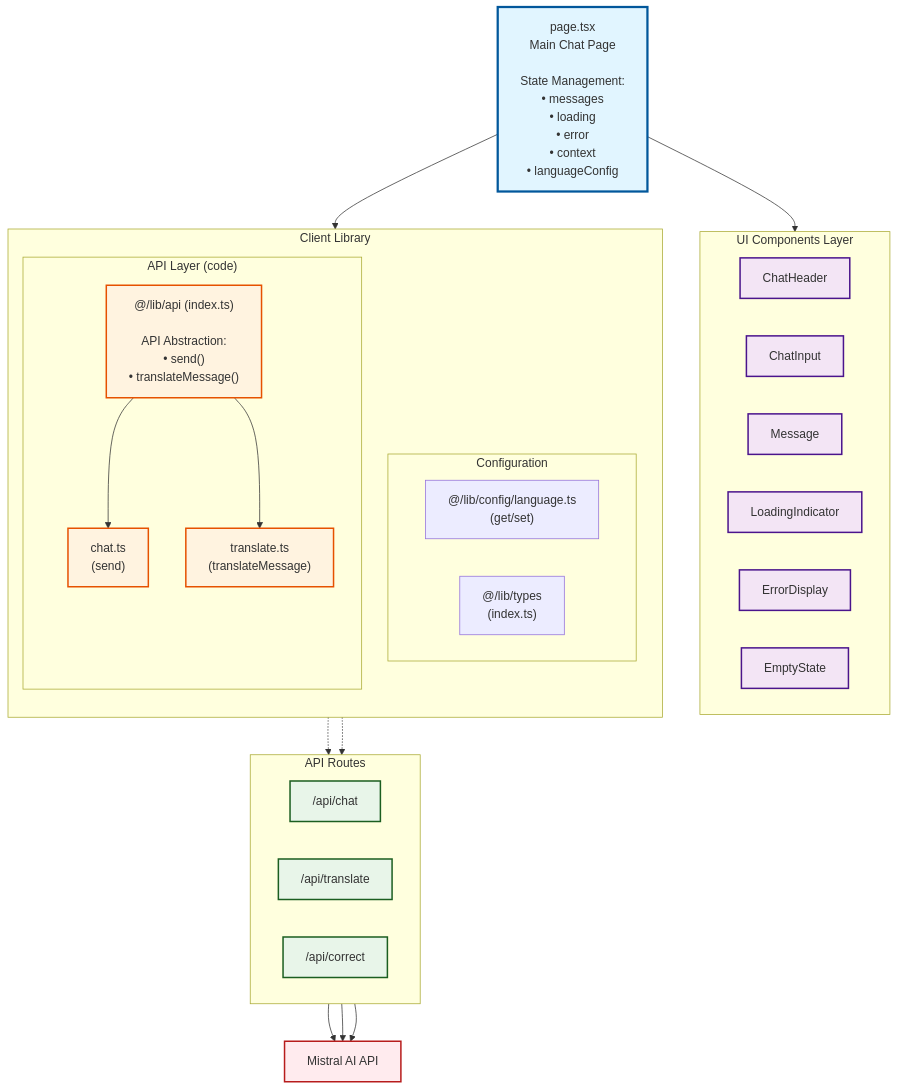
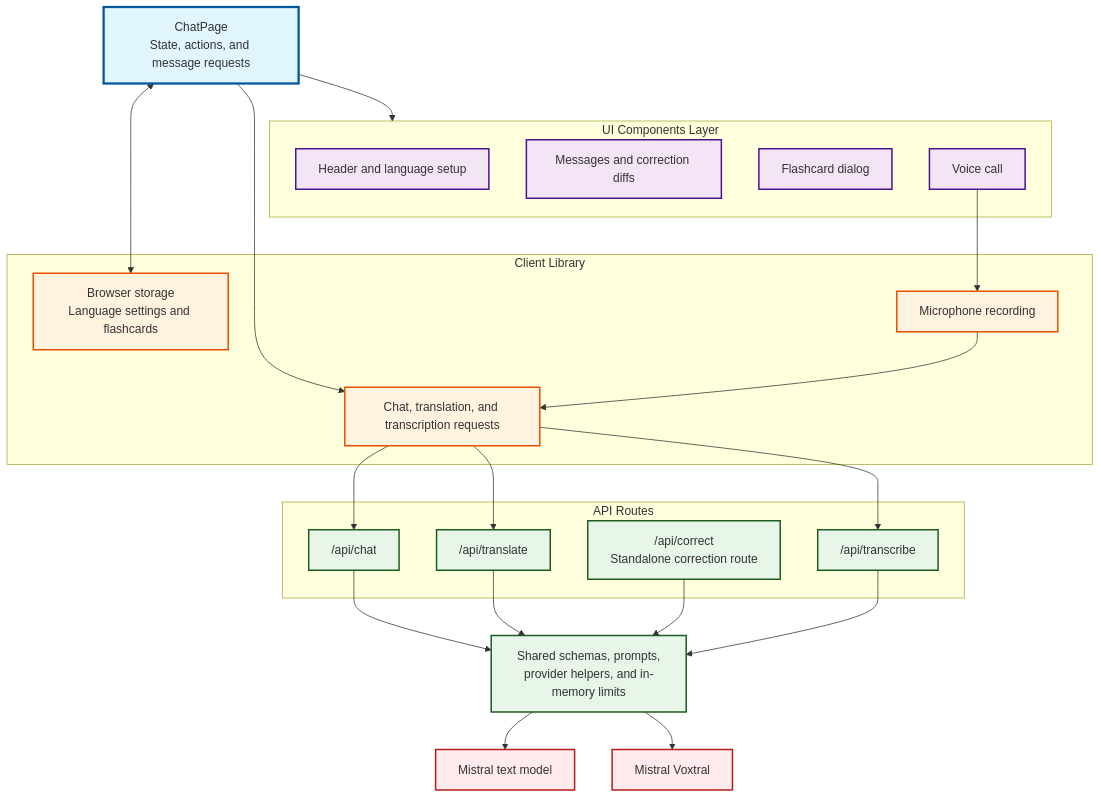
The first of 5 diagrams in README.md (Yvesei/LangBot), drawn with Mermaid before and after one commit. The commit also changed other lines of this file, not shown here.

````diff
--- a/README.md
+++ b/README.md
@@ -80,69 +102,55 @@
 ```mermaid
 graph TB
-    %% Top Layer - Page
-    Page["page.tsx<br/>Main Chat Page<br/><br/>State Management:<br/>• messages<br/>• loading<br/>• error<br/>• context<br/>• languageConfig"]
+    Page["ChatPage<br/>State, actions, and message requests"]
 
-    %% UI Components Layer
     subgraph UI["UI Components Layer"]
-        direction LR
-        Header["ChatHeader"]
-        Input["ChatInput"]
-        Msg["Message"]
-        Loading["LoadingIndicator"]
-        Error["ErrorDisplay"]
-        Empty["EmptyState"]
+        Header["Header and language setup"]
+        Msg["Messages and correction diffs"]
+        Cards["Flashcard dialog"]
+        Voice["Voice call"]
     end
 
-    %% Client Library Layer
     subgraph ClientLib["Client Library"]
-        direction TB
-        subgraph Config["Configuration"]
-            LangCfg["@/lib/config/language.ts<br/>(get/set)"]
-            TypesBarrel["@/lib/types<br/>(index.ts)"]
-        end
-
-        subgraph API["API Layer (code)"]
-            ClientBarrel["@/lib/api (index.ts)<br/><br/>API Abstraction:<br/>• send()<br/>• translateMessage()"]
-            ChatApi["chat.ts<br/>(send)"]
-            TransApi["translate.ts<br/>(translateMessage)"]
-        end
+        API["Chat, translation, and transcription requests"]
+        Storage["Browser storage<br/>Language settings and flashcards"]
+        Recorder["Microphone recording"]
     end
 
-    %% API Routes Layer
     subgraph Routes["API Routes"]
-        direction LR
         ChatRoute["/api/chat"]
         TransRoute["/api/translate"]
-        CorrectRoute["/api/correct"]
+        CorrectRoute["/api/correct<br/>Standalone correction route"]
+        AudioRoute["/api/transcribe"]
     end
 
-    %% External Services
-    Mistral["Mistral AI API"]
+    Server["Shared schemas, prompts,<br/>provider helpers, and in-memory limits"]
+    Mistral["Mistral text model"]
+    Voxtral["Mistral Voxtral"]
 
-    %% Connections - Top to Bottom Flow
     Page --> UI
-    Page --> ClientLib
+    Page --> API
+    Page <--> Storage
+    Voice --> Recorder
+    Recorder --> API
+    API --> ChatRoute
+    API --> TransRoute
+    API --> AudioRoute
+    ChatRoute --> Server
+    TransRoute --> Server
+    CorrectRoute --> Server
+    AudioRoute --> Server
+    Server --> Mistral
+    Server --> Voxtral
 
-    ClientBarrel --> ChatApi
-    ClientBarrel --> TransApi
-
-    ChatApi -.-> ChatRoute
-    TransApi -.-> TransRoute
-
-    ChatRoute --> Mistral
-    TransRoute --> Mistral
-    CorrectRoute --> Mistral
-
-    %% Styling
     classDef pageStyle fill:#e1f5ff,stroke:#01579b,stroke-width:3px
     classDef uiStyle fill:#f3e5f5,stroke:#4a148c,stroke-width:2px
     classDef apiStyle fill:#fff3e0,stroke:#e65100,stroke-width:2px
     classDef routeStyle fill:#e8f5e9,stroke:#1b5e20,stroke-width:2px
     classDef externalStyle fill:#ffebee,stroke:#b71c1c,stroke-width:2px
 
     class Page pageStyle
-    class Header,Input,Msg,Loading,Error,Empty uiStyle
-    class ClientBarrel,ChatApi,TransApi apiStyle
-    class ChatRoute,TransRoute,CorrectRoute routeStyle
-    class Mistral externalStyle
+    class Header,Msg,Cards,Voice uiStyle
+    class API,Storage,Recorder apiStyle
+    class ChatRoute,TransRoute,CorrectRoute,AudioRoute,Server routeStyle
+    class Mistral,Voxtral externalStyle
 ```
````
